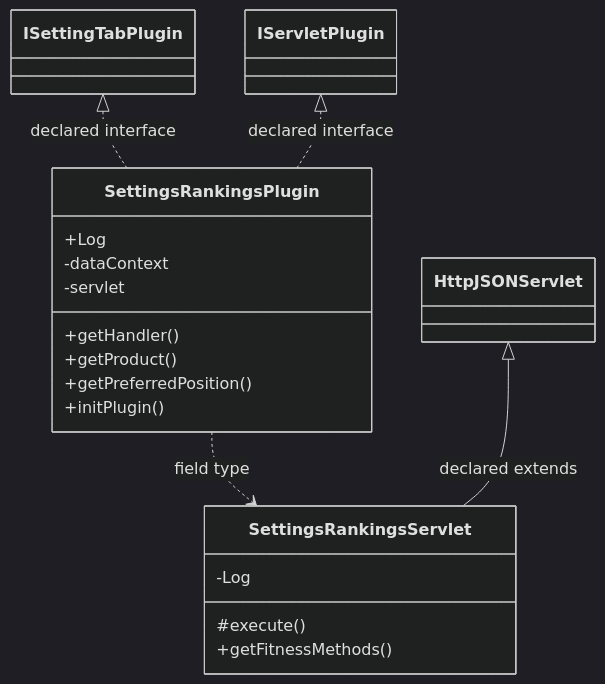
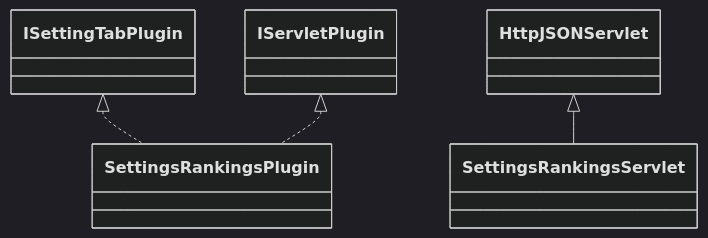
The diagram in docs/sqx/Shared/SettingsRankings.md (haruperi/HaruQuantAI), drawn with Mermaid (dark theme) before and after one commit. The commit also changed other lines of this file and 1688 other files, not shown here.

````diff
--- a/docs/sqx/Shared/SettingsRankings.md
+++ b/docs/sqx/Shared/SettingsRankings.md
@@ -30,24 +26,11 @@
 ```mermaid
 classDiagram
-    class Cd199c57f8c53["SettingsRankingsPlugin"] {
-        +Log
-        -dataContext
-        -servlet
-        +getHandler()
-        +getProduct()
-        +getPreferredPosition()
-        +initPlugin()
-    }
-    class C7c8dc1a7f4fa["SettingsRankingsServlet"] {
-        -Log
-        #execute()
-        +getFitnessMethods()
-    }
-    class C249b5c671b1a["IServletPlugin"]
-    class C27734eb41505["ISettingTabPlugin"]
-    class C8900f90ae594["HttpJSONServlet"]
-    C27734eb41505 <|.. Cd199c57f8c53 : declared interface
-    C249b5c671b1a <|.. Cd199c57f8c53 : declared interface
-    Cd199c57f8c53 ..> C7c8dc1a7f4fa : field type
-    C8900f90ae594 <|-- C7c8dc1a7f4fa : declared extends
+    class C0["SettingsRankingsPlugin"]
+    class C1["SettingsRankingsServlet"]
+    class E0["ISettingTabPlugin"]
+    E0 <|.. C0
+    class E1["IServletPlugin"]
+    E1 <|.. C0
+    class E2["HttpJSONServlet"]
+    E2 <|-- C1
 ```
````
